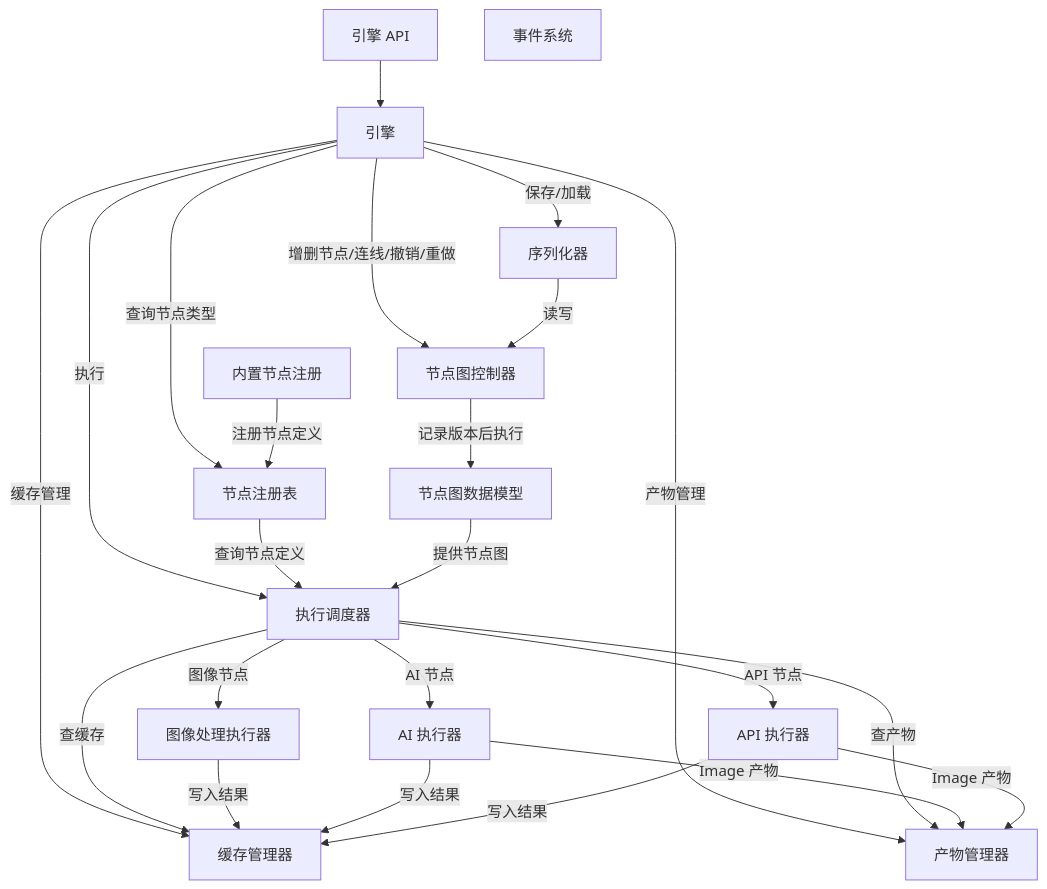
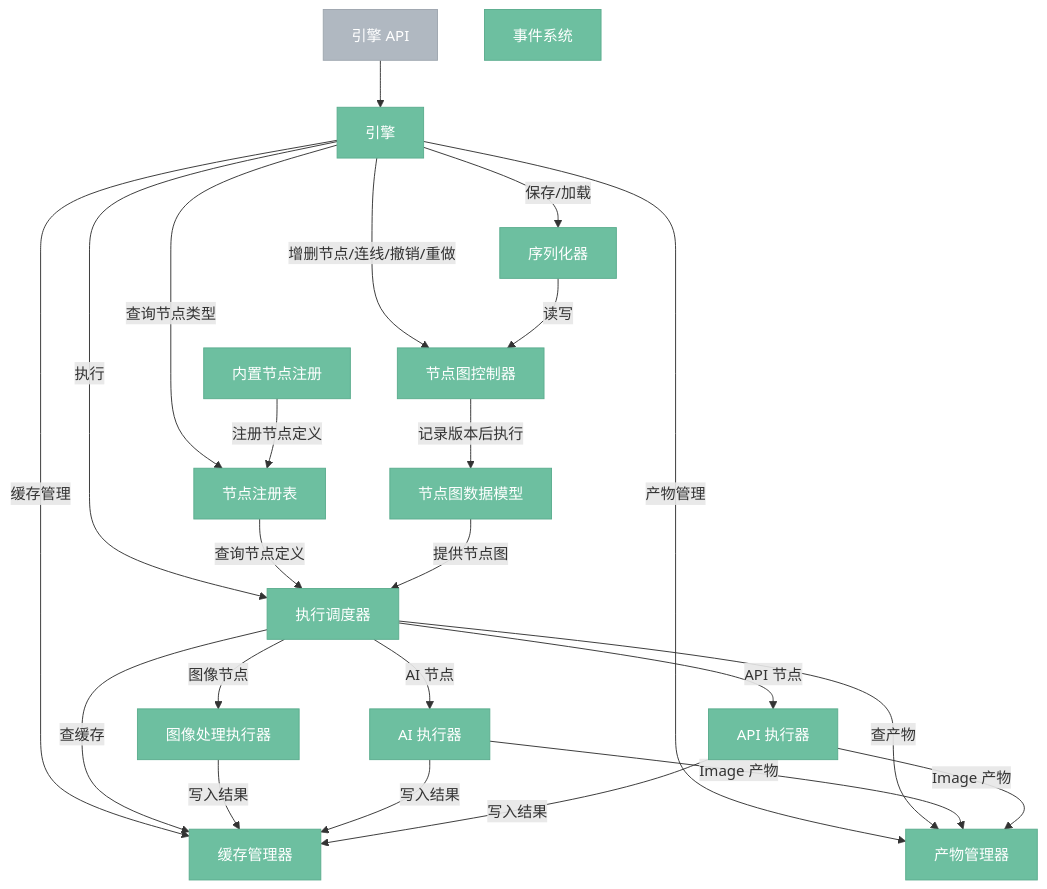
Before and after one commit to aporicho/nodeimg: the diagram in docs/targetv3/400-engine.md, drawn with Mermaid. The commit also changed 3 other files, not shown here.

First line of the commit message:
docs(targetv3): mermaid 图形规范 + 全图刷新内部/外部配色

````diff
--- a/docs/targetv3/400-engine.md
+++ b/docs/targetv3/400-engine.md
@@ -7,36 +7,40 @@
 ```mermaid
 %%{ init: { 'flowchart': { 'curve': 'basis' } } }%%
 flowchart TB
-    引擎API["引擎 API"]
+    classDef internal fill:#6DBFA0,stroke:#5BAD8E,color:#fff
+    classDef external fill:#B0B8C1,stroke:#9EA6AF,color:#fff
 
-    引擎API --> 引擎["引擎"]
+    引擎API["引擎 API"]:::external
 
-    引擎 -->|"执行"| 调度器["执行调度器"]
-    引擎 -->|"增删节点/连线/撤销/重做"| 节点图控制器["节点图控制器"]
-    节点图控制器 -->|"记录版本后执行"| 节点图["节点图数据模型"]
-    引擎 -->|"保存/加载"| 序列化器["序列化器"]
-    引擎 -->|"查询节点类型"| 注册表["节点注册表"]
-    引擎 -->|"缓存管理"| 缓存管理器["缓存管理器"]
-    引擎 -->|"产物管理"| 产物管理器["产物管理器"]
+    引擎API --> 引擎["引擎"]:::internal
 
-    事件系统["事件系统"]
+    引擎 -->|"执行"| 调度器["执行调度器"]:::internal
+    引擎 -->|"增删节点/连线/撤销/重做"| 节点图控制器["节点图控制器"]:::internal
+    节点图控制器 -->|"记录版本后执行"| 节点图["节点图数据模型"]:::internal
+    引擎 -->|"保存/加载"| 序列化器["序列化器"]:::internal
+    引擎 -->|"查询节点类型"| 注册表["节点注册表"]:::internal
+    引擎 -->|"缓存管理"| 缓存管理器["缓存管理器"]:::internal
+    引擎 -->|"产物管理"| 产物管理器["产物管理器"]:::internal
 
-    内置节点["内置节点注册"] -->|"注册节点定义"| 注册表
+    事件系统["事件系统"]:::internal
+
+    内置节点["内置节点注册"]:::internal
+    内置节点 -->|"注册节点定义"| 注册表
     序列化器 -->|"读写"| 节点图控制器
     注册表 -->|"查询节点定义"| 调度器
     节点图 -->|"提供节点图"| 调度器
 
     调度器 -->|"查缓存"| 缓存管理器
     调度器 -->|"查产物"| 产物管理器
 
-    调度器 -->|"图像节点"| 图像执行器["图像处理执行器"]
-    调度器 -->|"AI 节点"| AI执行器["AI 执行器"]
-    调度器 -->|"API 节点"| API执行器["API 执行器"]
+    调度器 -->|"图像节点"| 图像执行器["图像处理执行器"]:::internal
+    调度器 -->|"AI 节点"| AI执行器["AI 执行器"]:::internal
+    调度器 -->|"API 节点"| API执行器["API 执行器"]:::internal
 
     图像执行器 -->|"写入结果"| 缓存管理器
     AI执行器 -->|"写入结果"| 缓存管理器
     API执行器 -->|"写入结果"| 缓存管理器
 
     AI执行器 -->|"Image 产物"| 产物管理器
     API执行器 -->|"Image 产物"| 产物管理器
 ```
````
